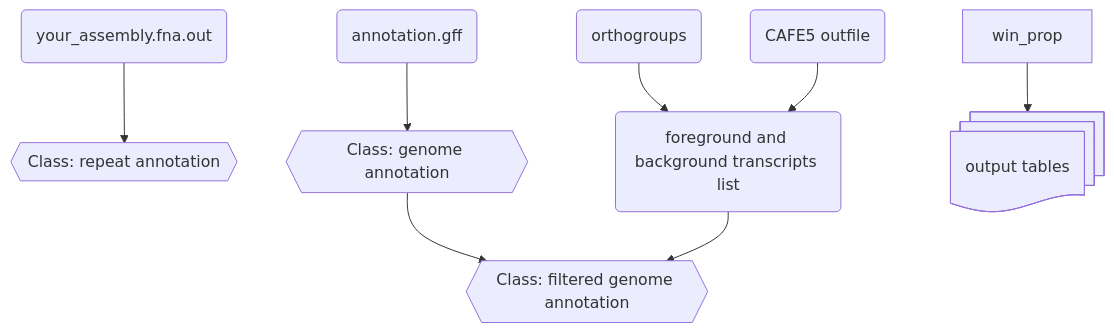
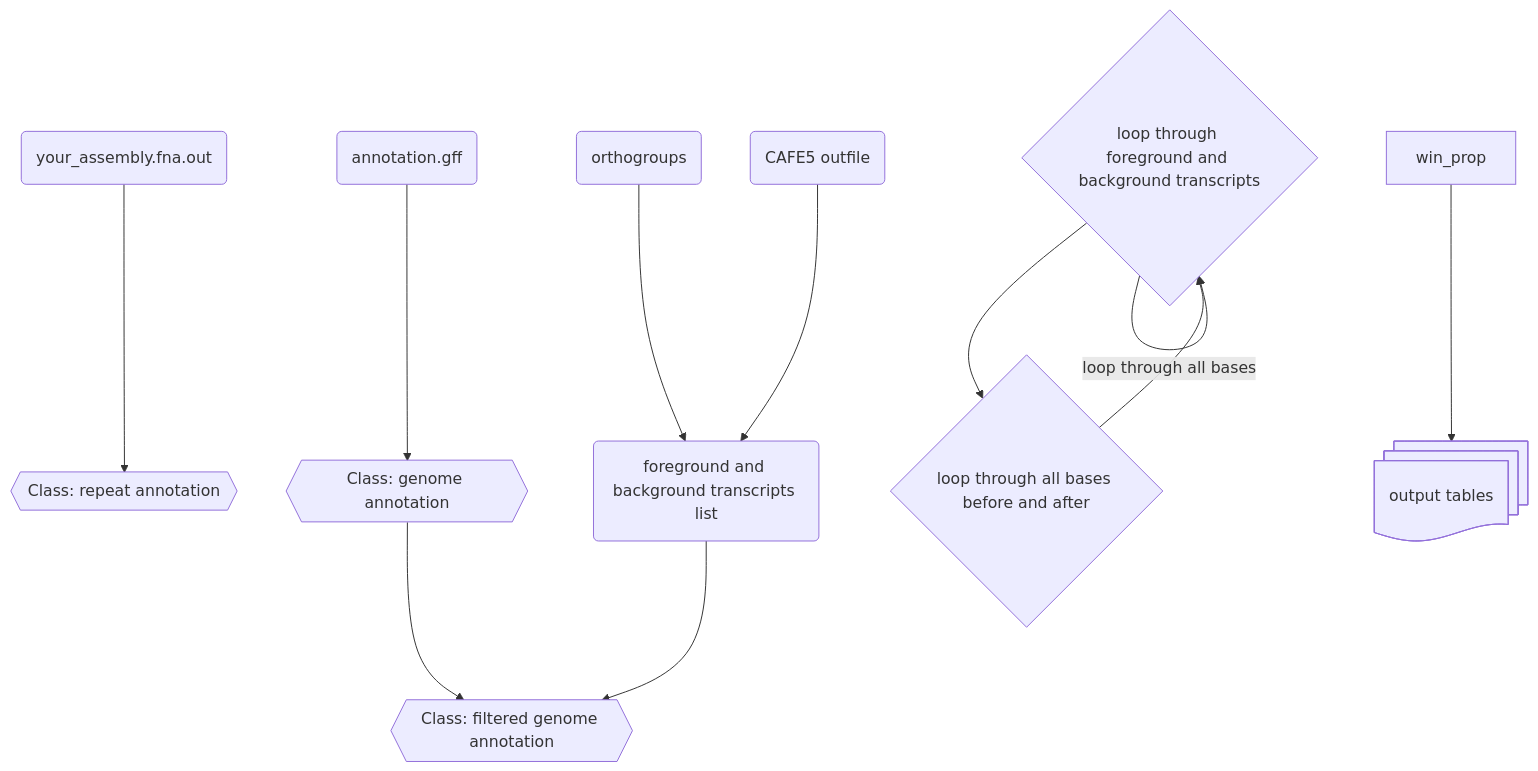
Before and after one commit to milena-t/ReVis: the second of 2 diagrams in README.md, drawn with Mermaid.

Commit message:
more mermaid

````diff
--- a/README.md
+++ b/README.md
@@ -262,21 +262,25 @@
 ```mermaid
 graph TD;
     infile_out(your_assembly.fna.out);
     infile_out --> rep_annot{{Class: repeat annotation}};
 
     infile_annot(annotation.gff);
     infile_annot --> gene_annot{{Class: genome annotation}};
 
     OGs(orthogroups);
     CAFE(CAFE5 outfile);
 
     OGs --> tr_list(foreground and background transcripts list);
     CAFE --> tr_list
 
     gene_annot --> filt_gene_annot{{Class: filtered genome annotation}};
     tr_list --> filt_gene_annot
 
-    
+    loop_tr{loop through foreground and background transcripts}
+    loop_bp{loop through all bases before and after}
+    loop_tr --> loop_bp
+    loop_bp --> loop_tr
+    loop_tr -- loop through all bases --> loop_tr
 
     win_prop --> out_tab@{ shape: docs, label: "output tables" }
 ```   
````
